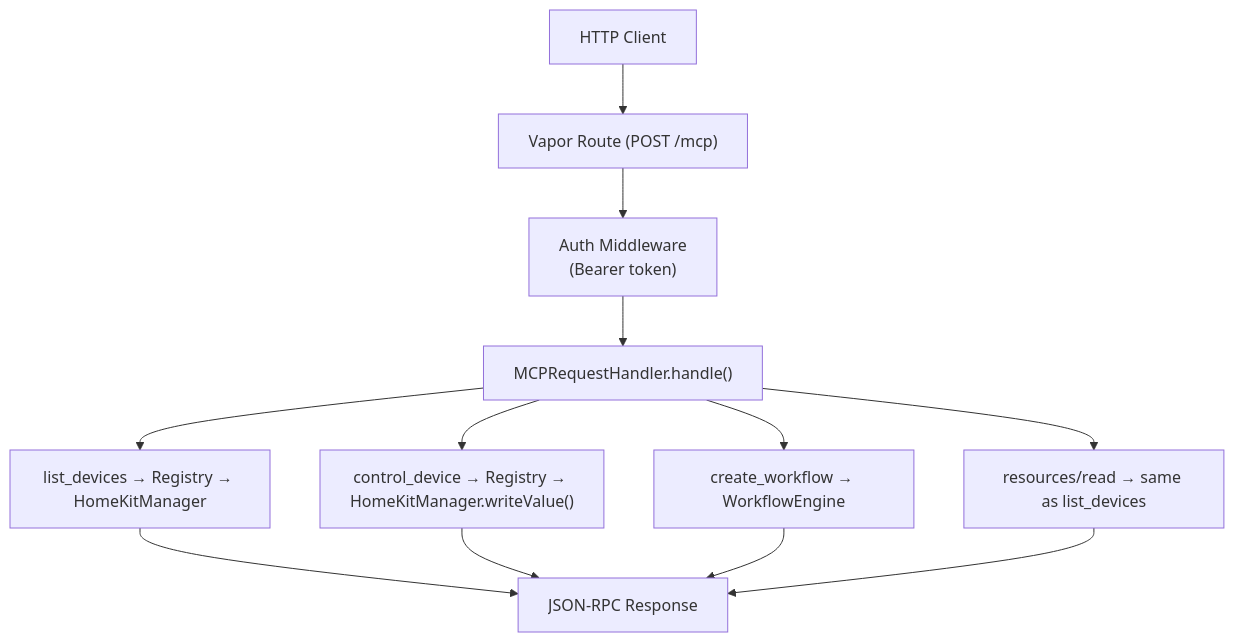
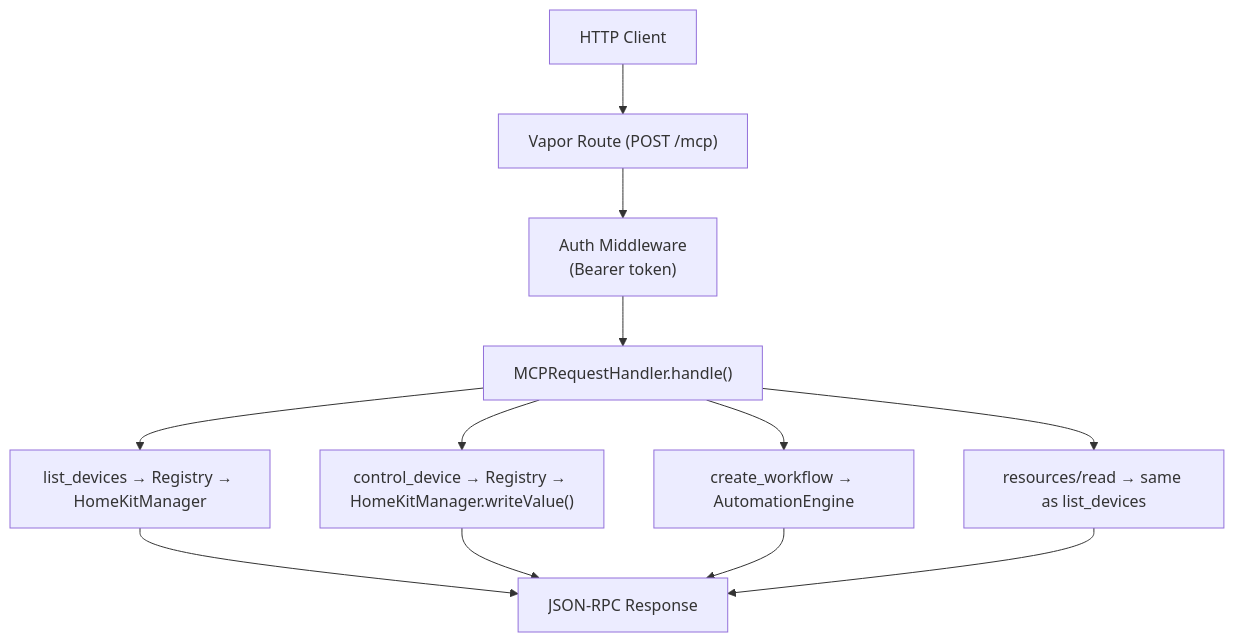
The sixth of 9 diagrams in DESIGN.md (novoapro/compai-home), drawn with Mermaid before and after one commit. The commit also changed other lines of this file and 459 other files, not shown here.

````diff
--- a/DESIGN.md
+++ b/DESIGN.md
@@ -522,16 +522,16 @@
 ```mermaid
 graph TD
     Client["HTTP Client"] --> Vapor["Vapor Route (POST /mcp)"]
     Vapor --> Auth["Auth Middleware<br/>(Bearer token)"]
     Auth --> Handler["MCPRequestHandler.handle()"]
 
     Handler --> LD["list_devices → Registry → HomeKitManager"]
     Handler --> CD["control_device → Registry → HomeKitManager.writeValue()"]
-    Handler --> CW["create_workflow → WorkflowEngine"]
+    Handler --> CW["create_workflow → AutomationEngine"]
     Handler --> RR["resources/read → same as list_devices"]
 
     LD --> Resp["JSON-RPC Response"]
     CD --> Resp
     CW --> Resp
     RR --> Resp
 ```
````
